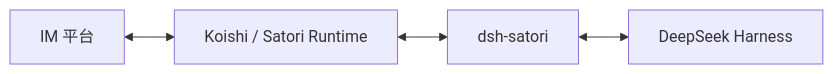
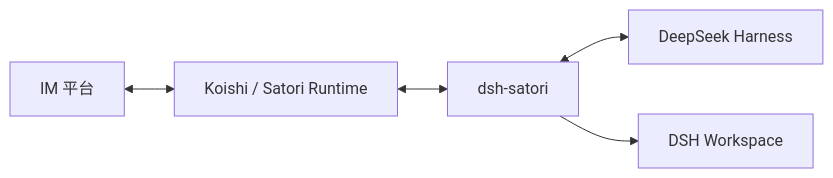
Before and after one commit to Ri0n72Y/dsh-satori: the diagram in README-zh.md, drawn with Mermaid. The commit also changed other lines of this file and 6 other files, not shown here.

````diff
--- a/README-zh.md
+++ b/README-zh.md
@@ -11,6 +11,7 @@
 ```mermaid
 flowchart LR
     IM[IM 平台] <--> KS[Koishi / Satori Runtime]
     KS <--> Plugin[dsh-satori]
     Plugin <--> DSH[DeepSeek Harness]
+    Plugin --> WS[DSH Workspace]
 ```
````
